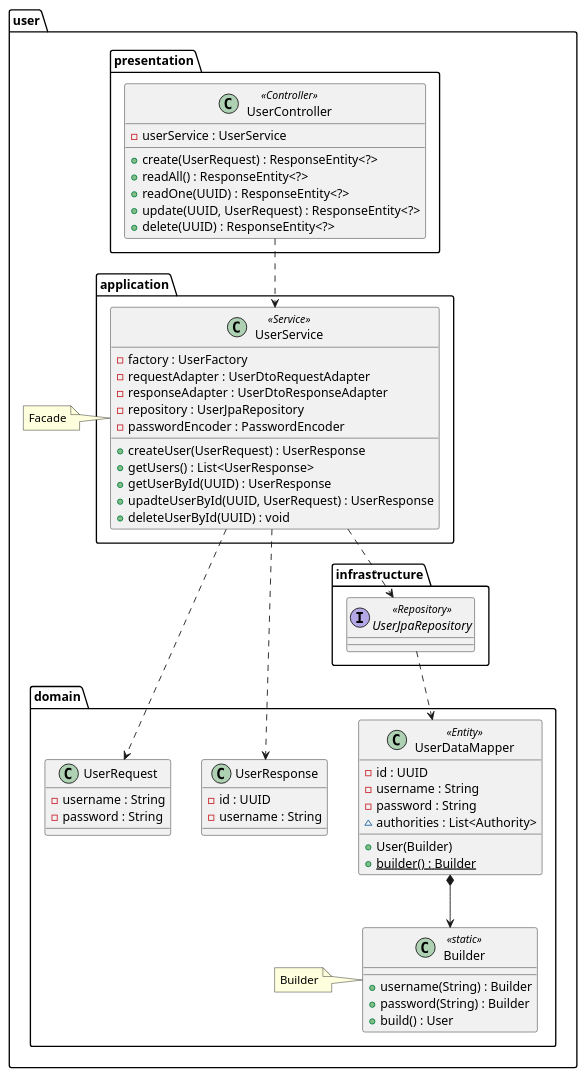
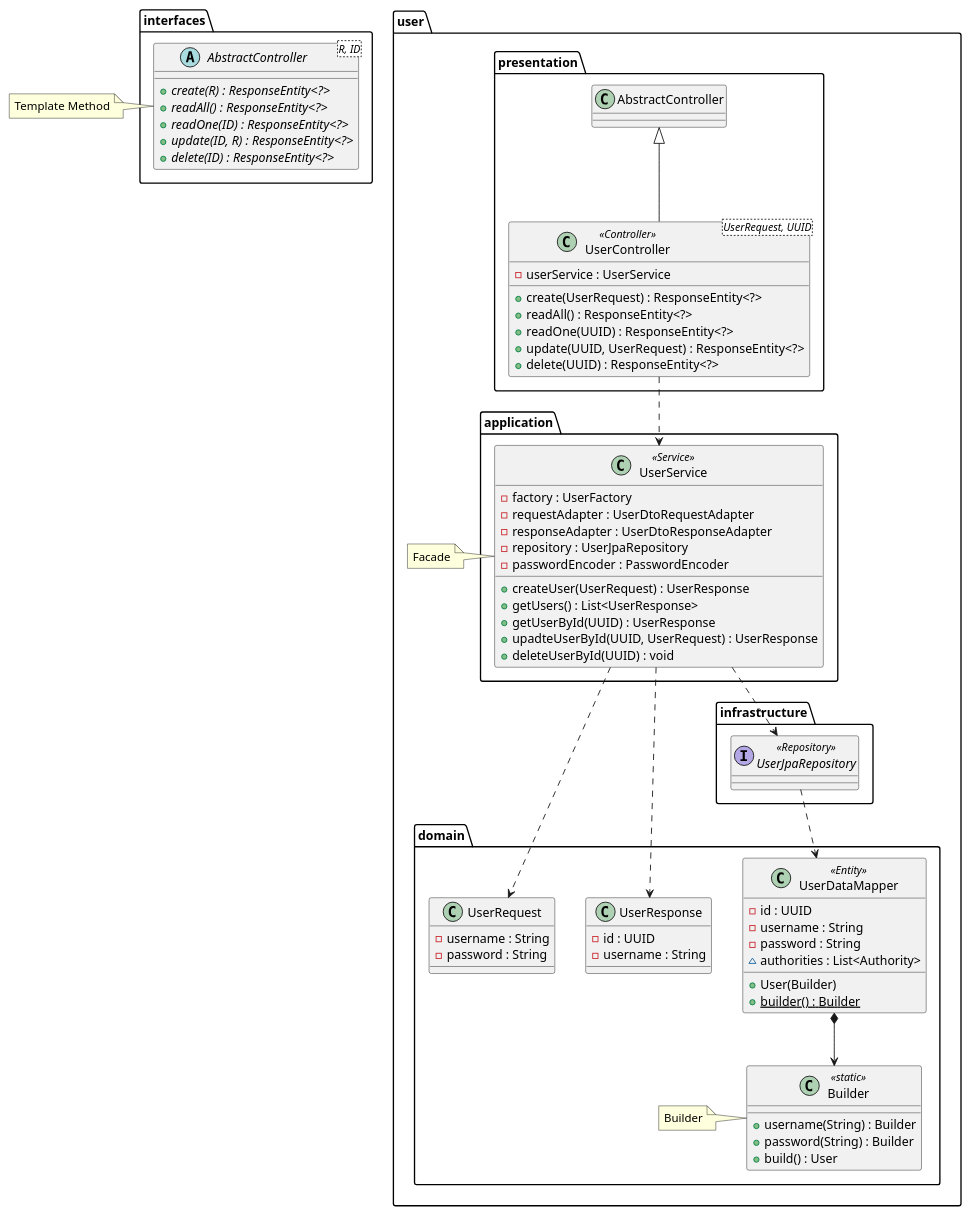
One commit to ads0070/daily-scheduler changed the diagram in src/main/java/kr/ac/deu/cse/scheduler/user/user.puml. Above: the diagram before and after it, drawn with PlantUML. The commit also changed 3 other files, not shown here.

First line of the commit message:
feat: add template method pattern (#13)

```diff
--- a/src/main/java/kr/ac/deu/cse/scheduler/user/user.puml
+++ b/src/main/java/kr/ac/deu/cse/scheduler/user/user.puml
@@ -1,78 +1,90 @@
 @startuml user
 ' !theme resume-light
 ' !theme cerulean-outline
 ' !theme sketchy-outline
+
+package interfaces {
+  abstract class AbstractController<R, ID> {
+    {abstract} +create(R) : ResponseEntity<?>
+    {abstract} +readAll() : ResponseEntity<?>
+    {abstract} +readOne(ID) : ResponseEntity<?>
+    {abstract} +update(ID, R) : ResponseEntity<?>
+    {abstract} +delete(ID) : ResponseEntity<?>
+  }
+}
+note left: Template Method
 
 package user {
 
   package domain {
 
     class UserDataMapper <<Entity>> {
       -id : UUID
       -username : String
       -password : String
       ~authorities : List<Authority>
       +User(Builder)
       {static} +builder() : Builder
     }
 
     class Builder <<static>> {
       +username(String) : Builder
       +password(String) : Builder
       +build() : User
     }
     note left: Builder
 
     class UserRequest {
       -username : String
       -password : String
     }
 
     class UserResponse {
       -id : UUID
       -username : String
     }
   }
 
   package presentation {
-    class UserController <<Controller>> {
+
+    class UserController<UserRequest, UUID> <<Controller>>  extends AbstractController {
       -userService : UserService
       +create(UserRequest) : ResponseEntity<?>
       +readAll() : ResponseEntity<?>
       +readOne(UUID) : ResponseEntity<?>
       +update(UUID, UserRequest) : ResponseEntity<?>
       +delete(UUID) : ResponseEntity<?>
     }
   }
 
   package application {
     class UserService <<Service>> {
       -factory : UserFactory
       -requestAdapter : UserDtoRequestAdapter
       -responseAdapter : UserDtoResponseAdapter
       -repository : UserJpaRepository
       -passwordEncoder : PasswordEncoder
       +createUser(UserRequest) : UserResponse
       +getUsers() : List<UserResponse>
       +getUserById(UUID) : UserResponse
       +upadteUserById(UUID, UserRequest) : UserResponse
       +deleteUserById(UUID) : void
     }
   }
   note left: Facade
 
   package infrastructure {
     interface UserJpaRepository <<Repository>>
   }
 
   UserController ..> UserService
   UserService ..> UserJpaRepository
   UserJpaRepository ..> UserDataMapper
 
   UserDataMapper *--> Builder
 
   UserService ..> UserRequest
   UserService ..> UserResponse
 }
 
 @enduml
```
